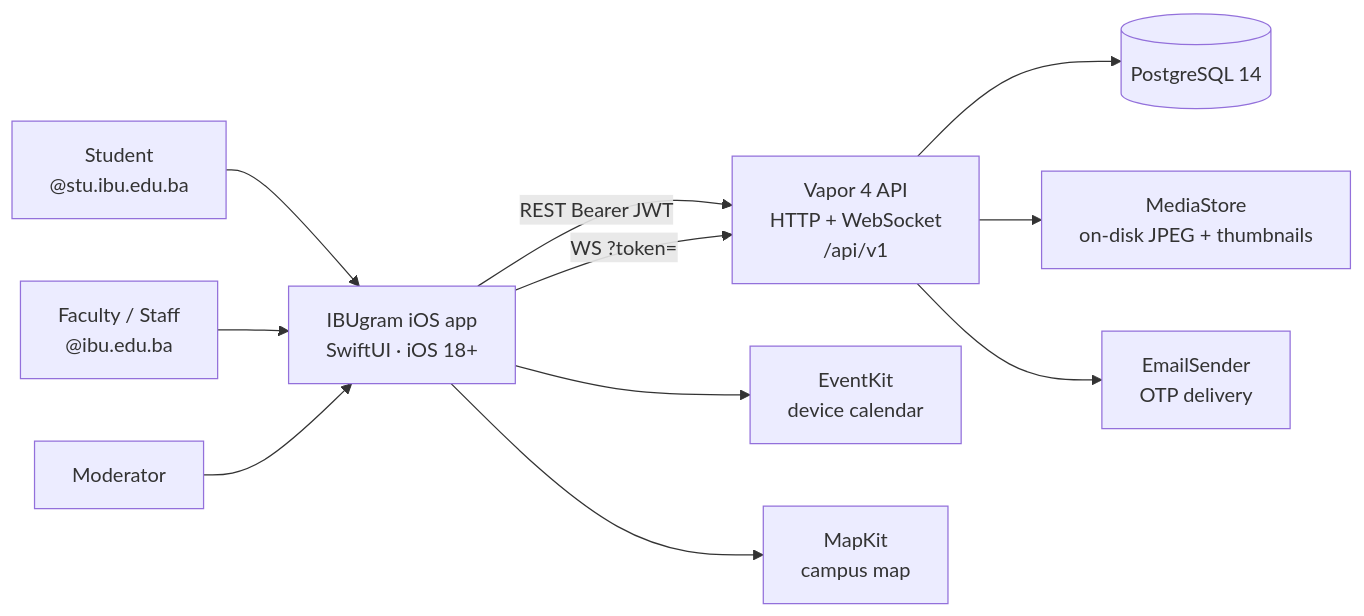
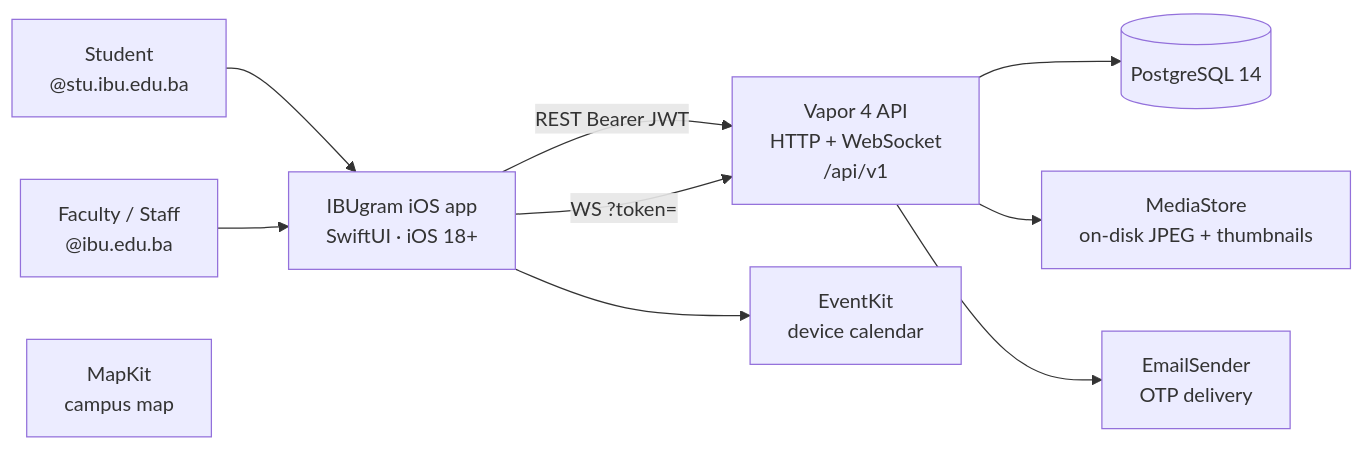
One commit to SSead/ibugram changed the diagram in docs/diagrams/01-figure-3-1-system-context.mmd. Above: the diagram before and after it, drawn with Mermaid. The commit also changed 49 other files, not shown here.

Commit message:
Align the thesis with the shipped app and split the schema diagrams so each fits a page.

```diff
--- a/docs/diagrams/01-figure-3-1-system-context.mmd
+++ b/docs/diagrams/01-figure-3-1-system-context.mmd
@@ -1,22 +1,19 @@
 flowchart LR
     Student["Student<br/>@stu.ibu.edu.ba"]
     Faculty["Faculty / Staff<br/>@ibu.edu.ba"]
-    Moderator["Moderator"]
     App["IBUgram iOS app<br/>SwiftUI · iOS 18+"]
     API["Vapor 4 API<br/>HTTP + WebSocket<br/>/api/v1"]
     DB[(PostgreSQL 14)]
     Media["MediaStore<br/>on-disk JPEG + thumbnails"]
     Mail["EmailSender<br/>OTP delivery"]
     Cal["EventKit<br/>device calendar"]
     Map["MapKit<br/>campus map"]
 
     Student --> App
     Faculty --> App
-    Moderator --> App
     App -->|"REST Bearer JWT"| API
     App -->|"WS ?token="| API
     App --> Cal
-    App --> Map
     API --> DB
     API --> Media
     API --> Mail
```
